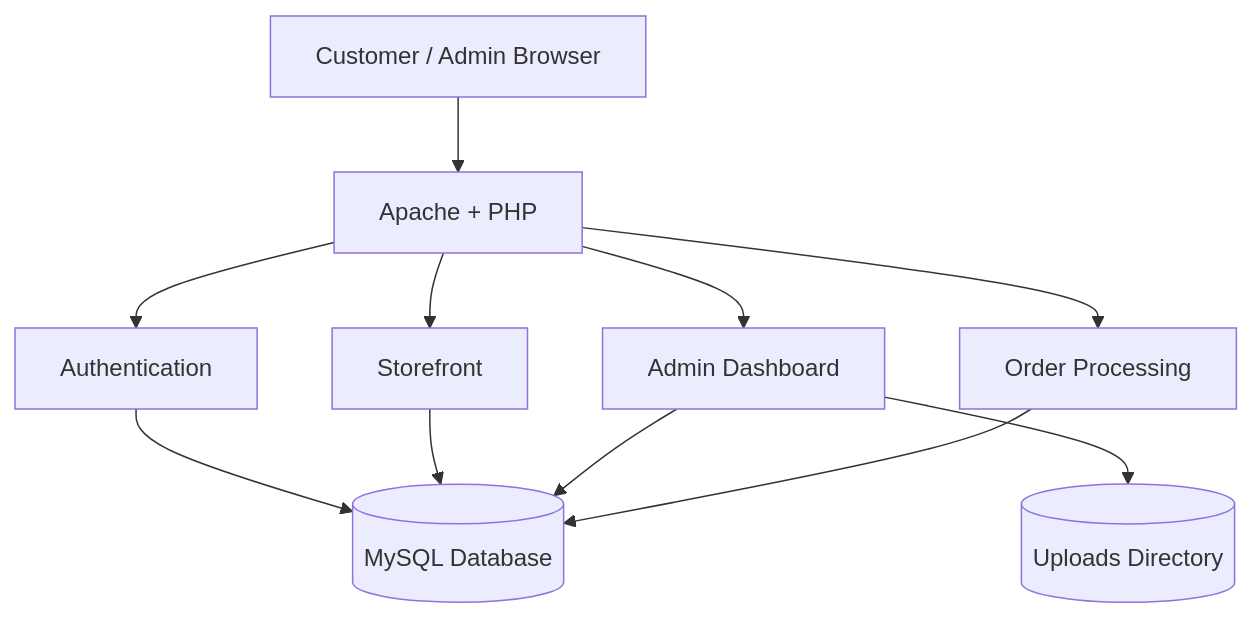
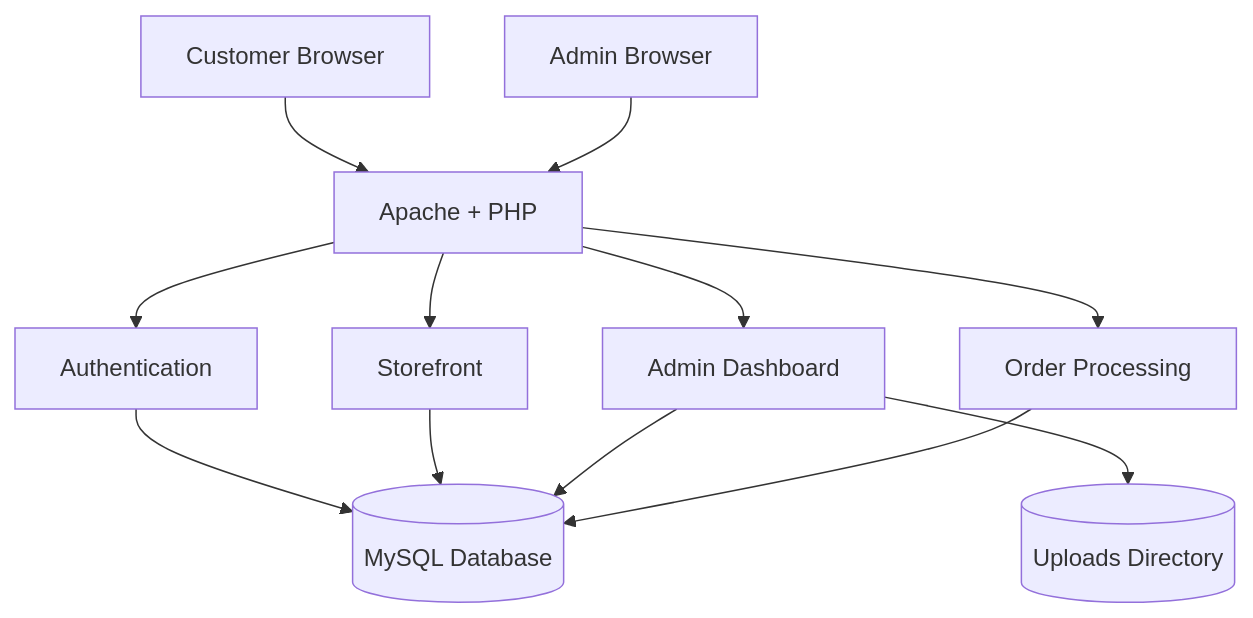
One commit to JKCadilo14-CpE/cafe-website-demo changed the diagram in README.md. Above: the diagram before and after it, drawn with Mermaid. The commit also changed other lines of this file and 10 other files, not shown here.

Commit message:
docs: add README screenshot gallery and roadmap

````diff
--- a/README.md
+++ b/README.md
@@ -152,19 +187,21 @@
 ```mermaid
 flowchart TD
 
-Browser[Customer / Admin Browser]
+Customer["Customer Browser"]
+Admin["Admin Browser"]
 
-Browser --> Apache[Apache + PHP]
+Customer --> PHP["Apache + PHP"]
+Admin --> PHP
 
-Apache --> Auth[Authentication]
-Apache --> Store[Storefront]
-Apache --> Admin[Admin Dashboard]
-Apache --> Orders[Order Processing]
+PHP --> Auth["Authentication"]
+PHP --> Store["Storefront"]
+PHP --> Dashboard["Admin Dashboard"]
+PHP --> Orders["Order Processing"]
 
-Auth --> Database[(MySQL Database)]
-Store --> Database
-Admin --> Database
-Orders --> Database
+Auth --> DB[(MySQL Database)]
+Store --> DB
+Dashboard --> DB
+Orders --> DB
 
-Admin --> Uploads[(Uploads Directory)]
+Dashboard --> Uploads[(Uploads Directory)]
 ```
````
